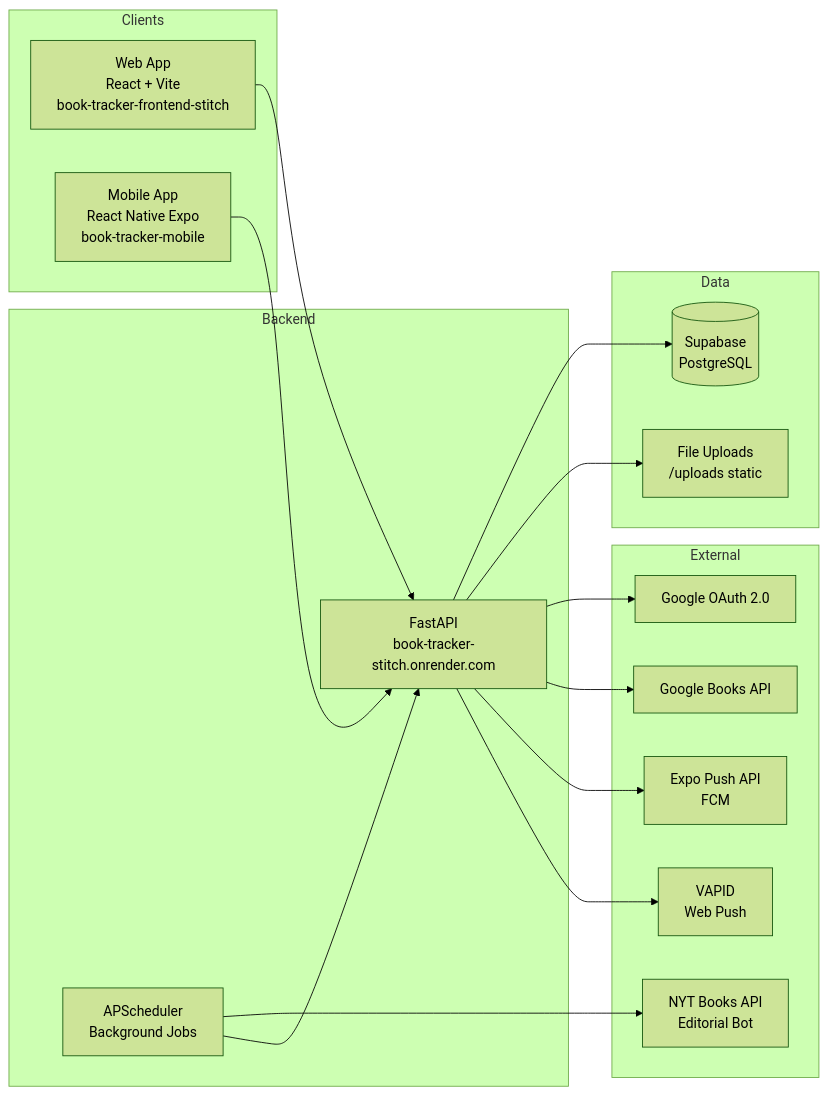
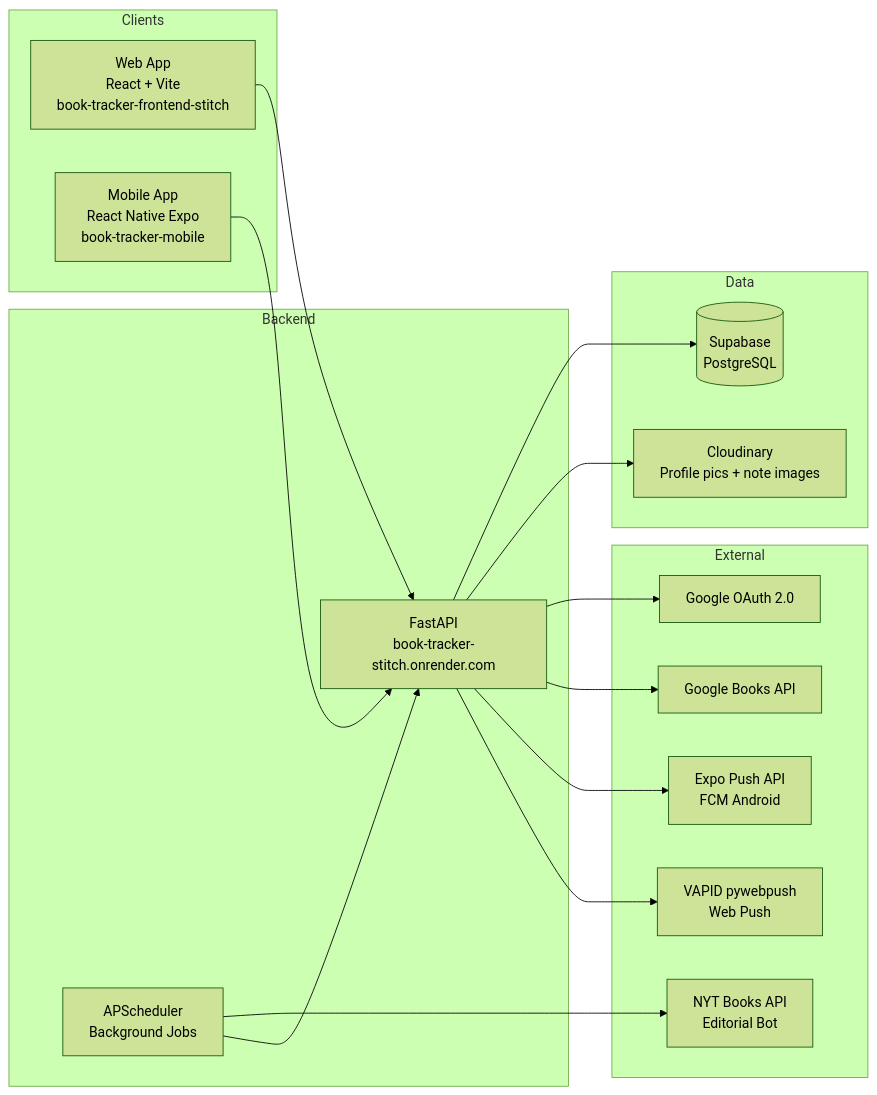
The fifth of 6 diagrams in context/PLATFORM_MAP.md (ankitalkuhs-commits/book-tracker), drawn with Mermaid (forest theme) before and after one commit. The commit also changed other lines of this file and 7 other files, not shown here.

````diff
--- a/context/PLATFORM_MAP.md
+++ b/context/PLATFORM_MAP.md
@@ -259,36 +259,36 @@
 ```mermaid
 flowchart LR
     subgraph Clients
         WEB[Web App\nReact + Vite\nbook-tracker-frontend-stitch]
         MOB[Mobile App\nReact Native Expo\nbook-tracker-mobile]
     end
 
     subgraph Backend
         API[FastAPI\nbook-tracker-stitch.onrender.com]
         SCHED[APScheduler\nBackground Jobs]
     end
 
     subgraph Data
         DB[(Supabase\nPostgreSQL)]
-        UPL[File Uploads\n/uploads static]
+        CDN[Cloudinary\nProfile pics + note images]
     end
 
     subgraph External
         GAUTH[Google OAuth 2.0]
         GBOOKS[Google Books API]
-        EXPO[Expo Push API\nFCM]
-        VAPID[VAPID\nWeb Push]
+        EXPO[Expo Push API\nFCM Android]
+        VAPID[VAPID pywebpush\nWeb Push]
         NYT[NYT Books API\nEditorial Bot]
     end
 
     WEB --> API
     MOB --> API
     API --> DB
-    API --> UPL
+    API --> CDN
     API --> GAUTH
     API --> GBOOKS
     API --> EXPO
     API --> VAPID
     SCHED --> NYT
     SCHED --> API
 ```
````
